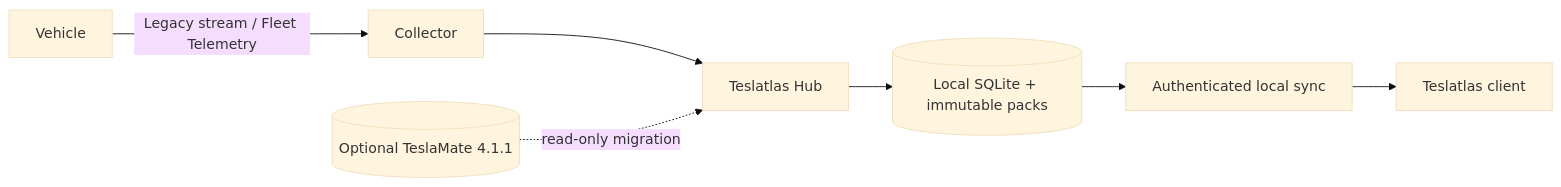
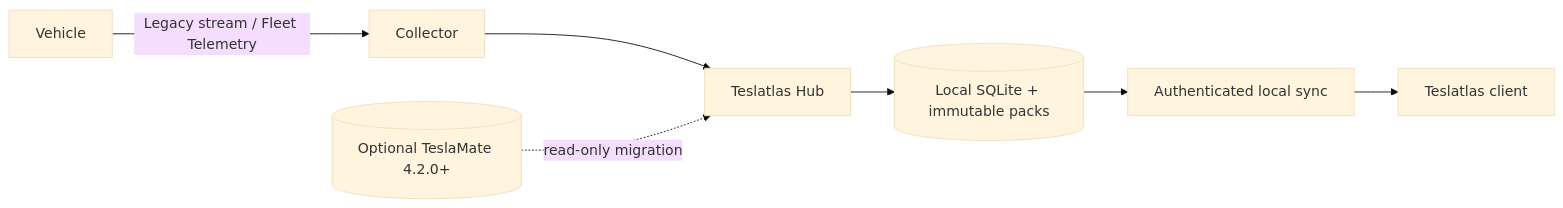
Before and after one commit to magrathean-uk/teslatlas-hub: the diagram in .github/README.md, drawn with Mermaid (base theme). The commit also changed other lines of this file and 73 other files, not shown here.

First line of the commit message:
feat(hub): prepare TeslaMate 4.2 beta candidate

````diff
--- a/.github/README.md
+++ b/.github/README.md
@@ -52,9 +51,9 @@
 ```mermaid
 flowchart LR
     V[Vehicle] -->|Legacy stream / Fleet Telemetry| C[Collector]
     C --> H[Teslatlas Hub]
     H --> D[(Local SQLite + immutable packs)]
     D --> S[Authenticated local sync]
     S --> A[Teslatlas client]
-    T[(Optional TeslaMate 4.1.1)] -. read-only migration .-> H
+    T[(Optional TeslaMate 4.2.0+)] -. read-only migration .-> H
 ```
````
